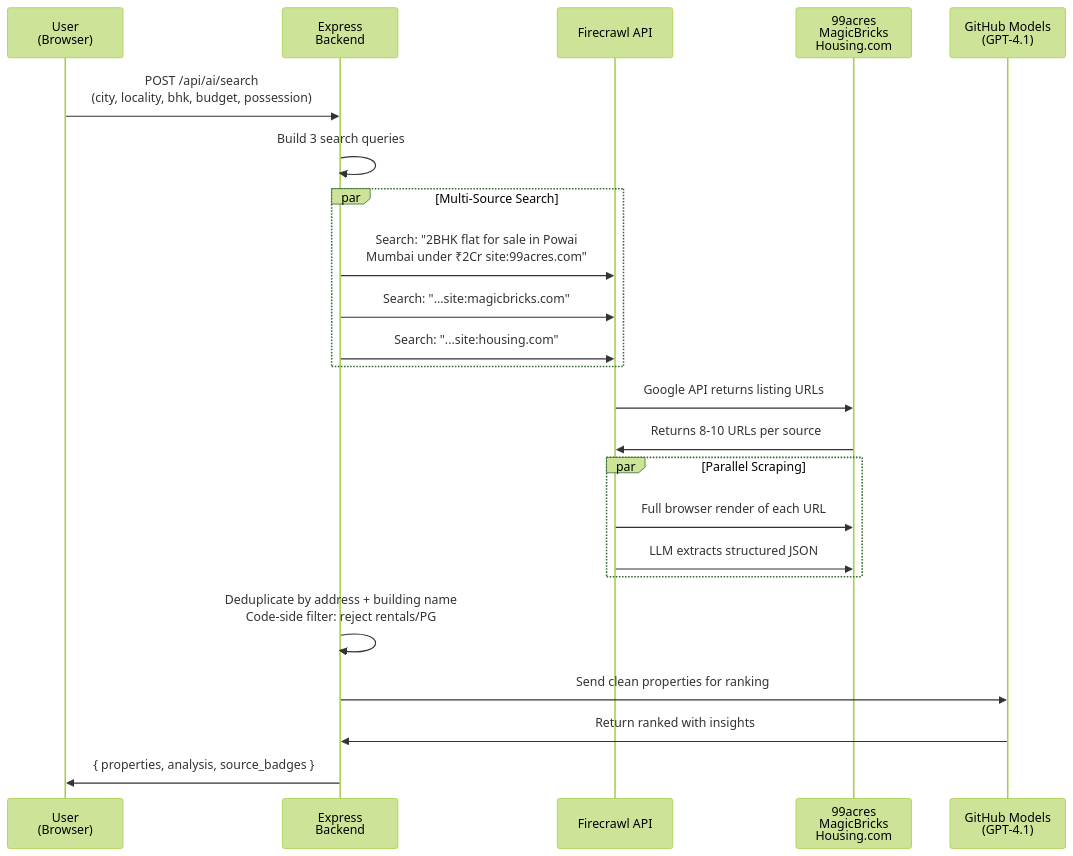
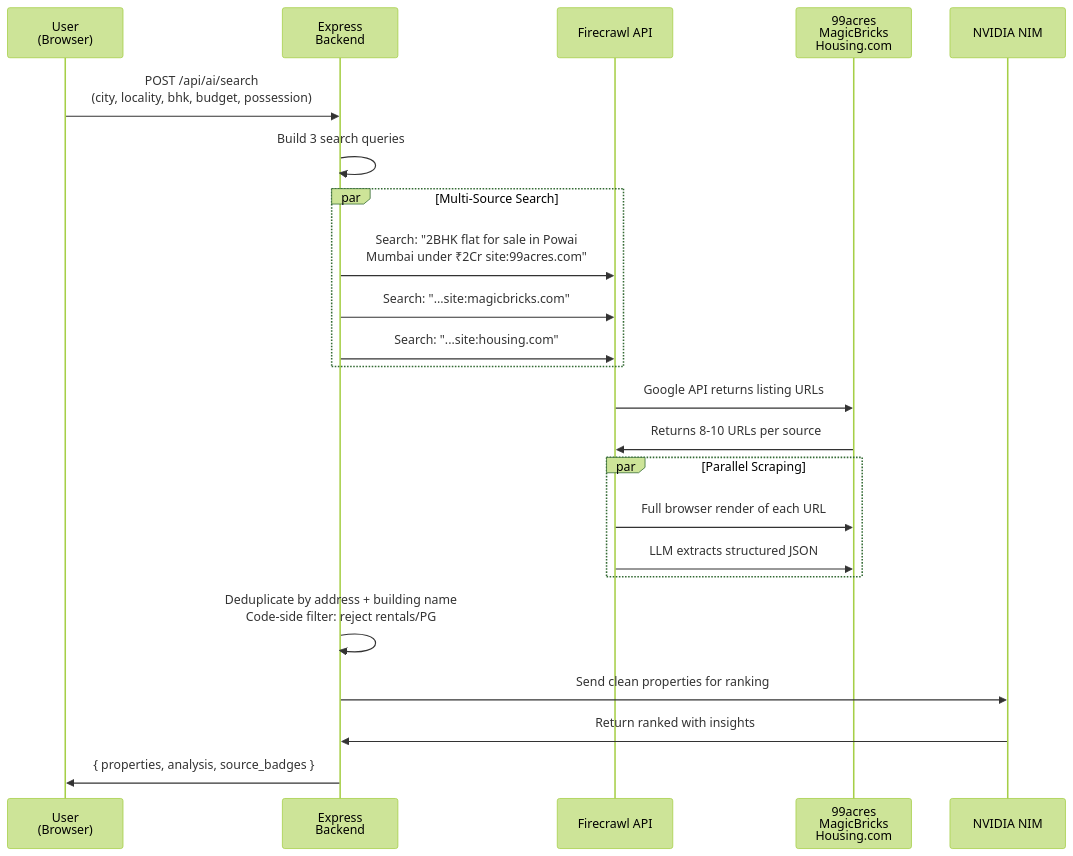
The first of 3 diagrams in README.md (AAYUSH412/Real-Estate-Website), drawn with Mermaid (forest theme) before and after one commit. The commit also changed other lines of this file and 30 other files, not shown here.

````diff
--- a/README.md
+++ b/README.md
@@ -142,32 +141,32 @@
 ```mermaid
 sequenceDiagram
     participant User as User<br/>(Browser)
     participant Backend as Express<br/>Backend
     participant Firecrawl as Firecrawl API
     participant Sources as 99acres<br/>MagicBricks<br/>Housing.com
-    participant AI as GitHub Models<br/>(GPT-4.1)
+    participant AI as NVIDIA NIM
     
     User->>Backend: POST /api/ai/search<br/>(city, locality, bhk, budget, possession)
     Backend->>Backend: Build 3 search queries
     
     par Multi-Source Search
         Backend->>Firecrawl: Search: "2BHK flat for sale in Powai<br/>Mumbai under ₹2Cr site:99acres.com"
         Backend->>Firecrawl: Search: "...site:magicbricks.com"
         Backend->>Firecrawl: Search: "...site:housing.com"
     end
     
     Firecrawl->>Sources: Google API returns listing URLs
     Sources->>Firecrawl: Returns 8-10 URLs per source
     
     par Parallel Scraping
         Firecrawl->>Sources: Full browser render of each URL
         Firecrawl->>Sources: LLM extracts structured JSON
     end
     
     Backend->>Backend: Deduplicate by address + building name<br/>Code-side filter: reject rentals/PG
     
     Backend->>AI: Send clean properties for ranking
     AI->>Backend: Return ranked with insights
     
     Backend->>User: { properties, analysis, source_badges }
 ```
````
